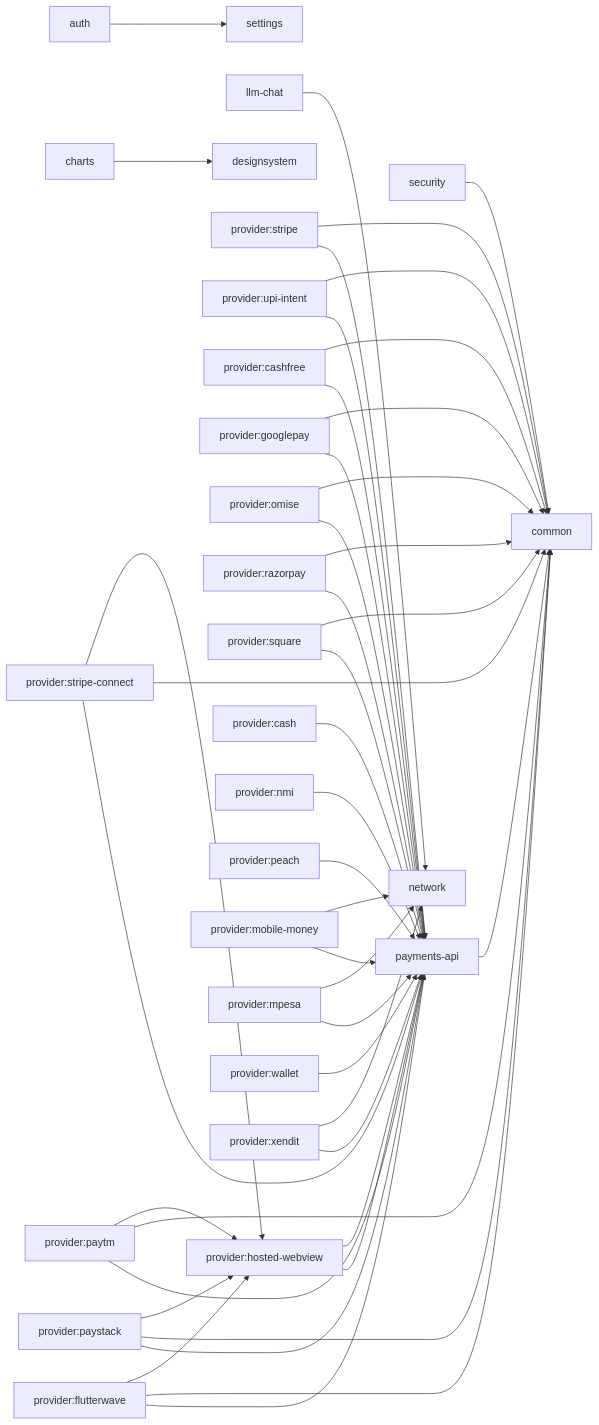
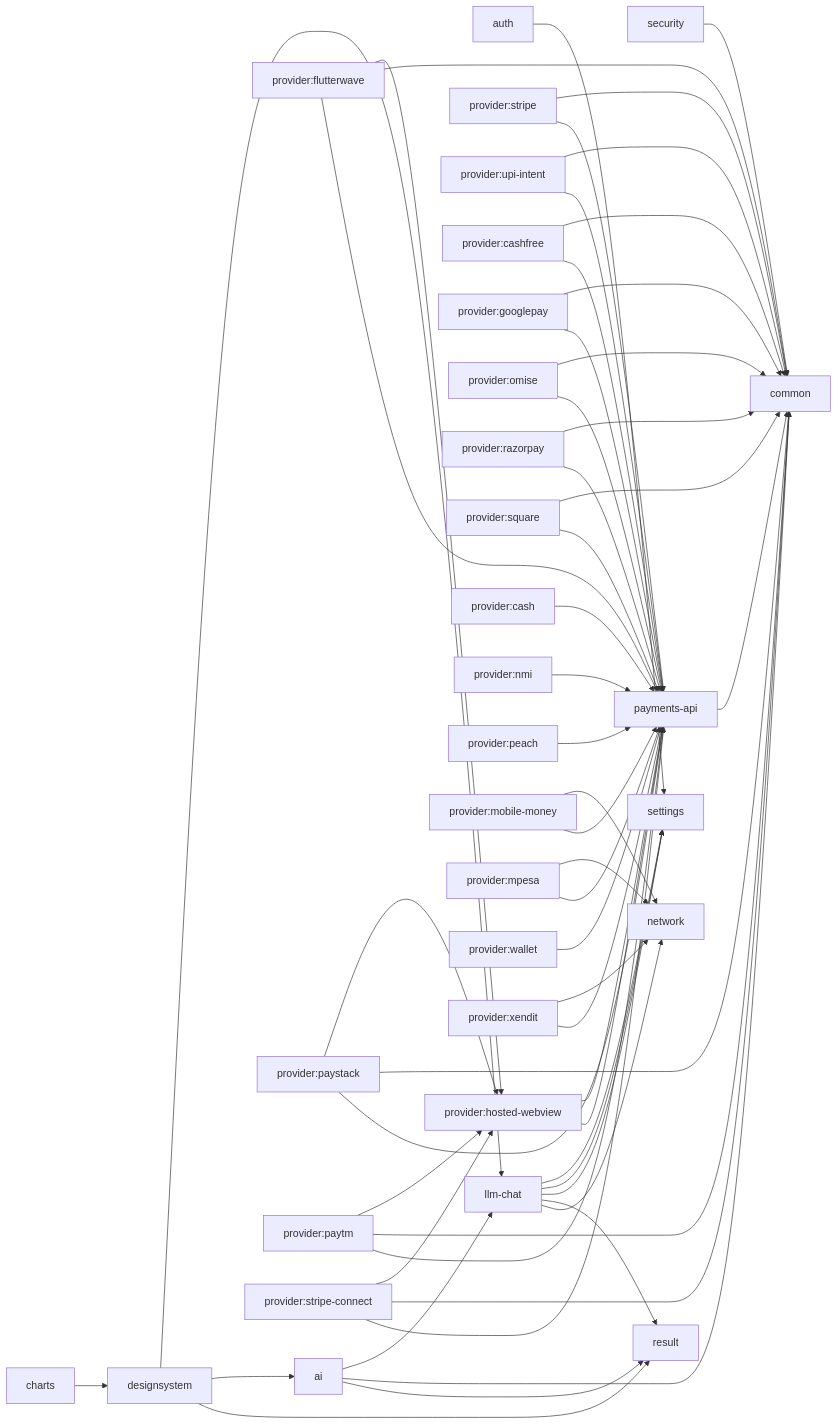
The first of 3 diagrams in README.md (darkpandawarrior/kmp-toolkit), drawn with Mermaid before and after one commit. The commit also changed other lines of this file and 4 other files, not shown here.

First line of the commit message:
feat(designsystem): add AiSettingsSection, the settings screen ModelManager never had

````diff
--- a/README.md
+++ b/README.md
@@ -160,46 +161,56 @@
 ```mermaid
 graph LR
   security["security"] --> common["common"]
   auth["auth"] --> settings["settings"]
+  designsystem["designsystem"] --> result["result"]
+  designsystem["designsystem"] --> ai["ai"]
+  designsystem["designsystem"] --> llm_chat["llm-chat"]
+  ai["ai"] --> result["result"]
+  ai["ai"] --> common["common"]
+  ai["ai"] --> llm_chat["llm-chat"]
   llm_chat["llm-chat"] --> network["network"]
+  llm_chat["llm-chat"] --> result["result"]
+  llm_chat["llm-chat"] --> settings["settings"]
+  llm_chat["llm-chat"] --> settings["settings"]
+  llm_chat["llm-chat"] --> settings["settings"]
   payments_api["payments-api"] --> common["common"]
   charts["charts"] --> designsystem["designsystem"]
   provider_stripe["provider:stripe"] --> payments_api["payments-api"]
   provider_stripe["provider:stripe"] --> common["common"]
   provider_upi_intent["provider:upi-intent"] --> payments_api["payments-api"]
   provider_upi_intent["provider:upi-intent"] --> common["common"]
   provider_cashfree["provider:cashfree"] --> payments_api["payments-api"]
   provider_cashfree["provider:cashfree"] --> common["common"]
   provider_googlepay["provider:googlepay"] --> payments_api["payments-api"]
   provider_googlepay["provider:googlepay"] --> common["common"]
   provider_omise["provider:omise"] --> payments_api["payments-api"]
   provider_omise["provider:omise"] --> common["common"]
   provider_razorpay["provider:razorpay"] --> payments_api["payments-api"]
   provider_razorpay["provider:razorpay"] --> common["common"]
   provider_square["provider:square"] --> payments_api["payments-api"]
   provider_square["provider:square"] --> common["common"]
   provider_hosted_webview["provider:hosted-webview"] --> payments_api["payments-api"]
   provider_hosted_webview["provider:hosted-webview"] --> payments_api["payments-api"]
   provider_flutterwave["provider:flutterwave"] --> payments_api["payments-api"]
   provider_flutterwave["provider:flutterwave"] --> common["common"]
   provider_flutterwave["provider:flutterwave"] --> provider_hosted_webview["provider:hosted-webview"]
   provider_paystack["provider:paystack"] --> payments_api["payments-api"]
   provider_paystack["provider:paystack"] --> common["common"]
   provider_paystack["provider:paystack"] --> provider_hosted_webview["provider:hosted-webview"]
   provider_paytm["provider:paytm"] --> payments_api["payments-api"]
   provider_paytm["provider:paytm"] --> common["common"]
   provider_paytm["provider:paytm"] --> provider_hosted_webview["provider:hosted-webview"]
   provider_stripe_connect["provider:stripe-connect"] --> payments_api["payments-api"]
   provider_stripe_connect["provider:stripe-connect"] --> common["common"]
   provider_stripe_connect["provider:stripe-connect"] --> provider_hosted_webview["provider:hosted-webview"]
   provider_cash["provider:cash"] --> payments_api["payments-api"]
   provider_nmi["provider:nmi"] --> payments_api["payments-api"]
   provider_peach["provider:peach"] --> payments_api["payments-api"]
   provider_mobile_money["provider:mobile-money"] --> payments_api["payments-api"]
   provider_mobile_money["provider:mobile-money"] --> network["network"]
   provider_mpesa["provider:mpesa"] --> payments_api["payments-api"]
   provider_mpesa["provider:mpesa"] --> network["network"]
   provider_wallet["provider:wallet"] --> payments_api["payments-api"]
   provider_xendit["provider:xendit"] --> payments_api["payments-api"]
   provider_xendit["provider:xendit"] --> network["network"]
 ```
````
